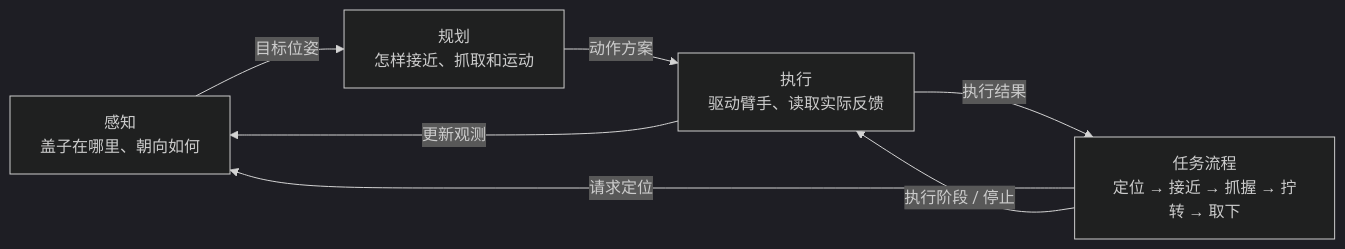
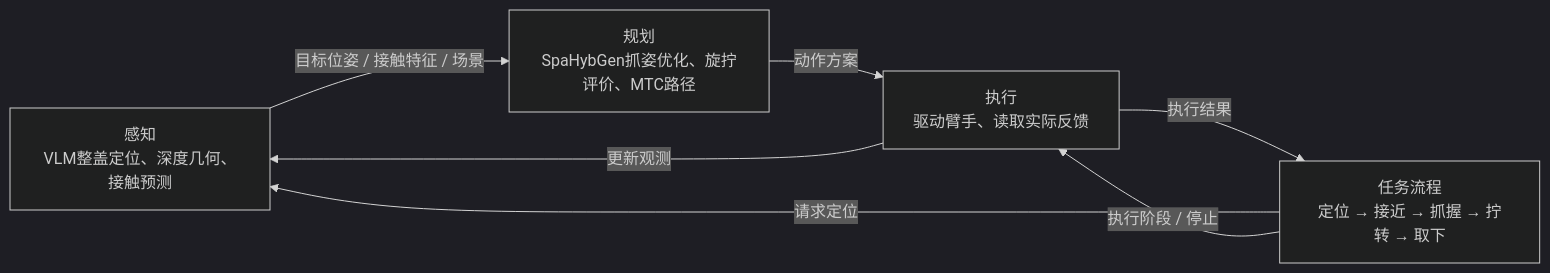
The diagram in doc/assembly_contract.md (Ace-XiaoChuan/i10_rh56_refueling), drawn with Mermaid (dark theme) before and after one commit. The commit also changed other lines of this file and 306 other files, not shown here.

First line of the commit message:
feat: integrate feedback and configuration selection, adopt SpaHybGen route

````diff
--- a/doc/assembly_contract.md
+++ b/doc/assembly_contract.md
@@ -271,14 +342,14 @@
 ```mermaid
 flowchart LR
-    A["感知<br/>盖子在哪里、朝向如何"]
-    B["规划<br/>怎样接近、抓取和运动"]
+    A["感知<br/>VLM整盖定位、深度几何、接触预测"]
+    B["规划<br/>SpaHybGen抓姿优化、旋拧评价、MTC路径"]
     C["执行<br/>驱动臂手、读取实际反馈"]
     T["任务流程<br/>定位 → 接近 → 抓握 → 拧转 → 取下"]
 
     T -->|"请求定位"| A
-    A -->|"目标位姿"| B
+    A -->|"目标位姿 / 接触特征 / 场景"| B
     B -->|"动作方案"| C
     T -->|"执行阶段 / 停止"| C
     C -->|"执行结果"| T
     C -->|"更新观测"| A
 ```
````
